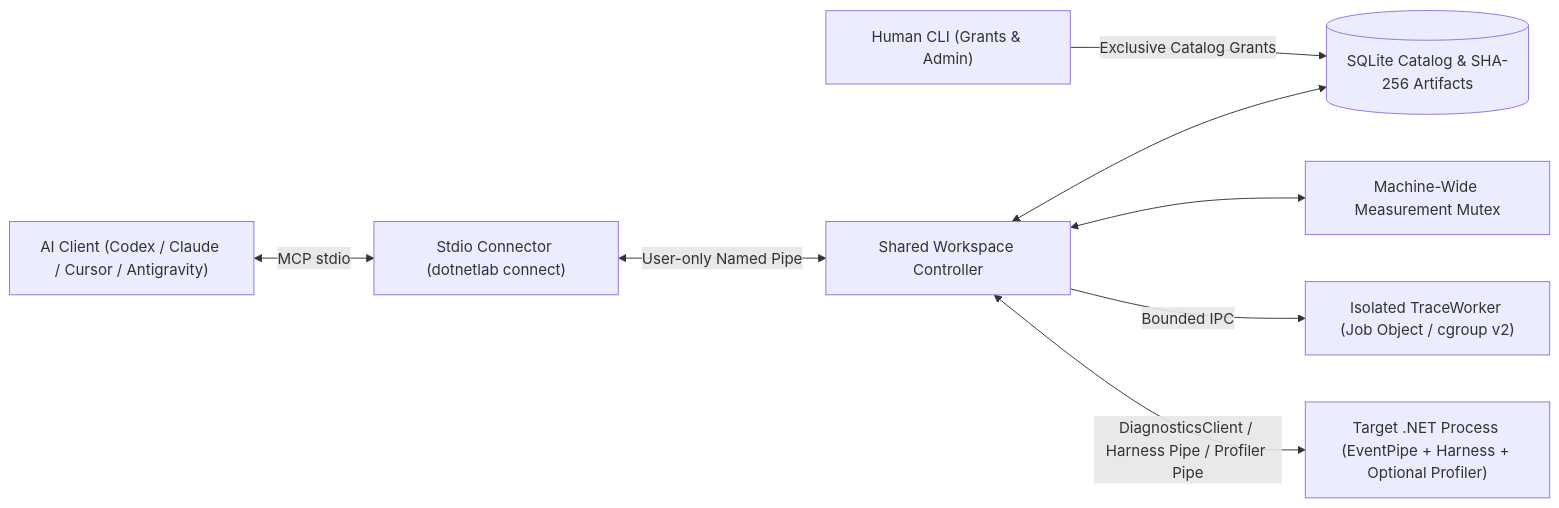
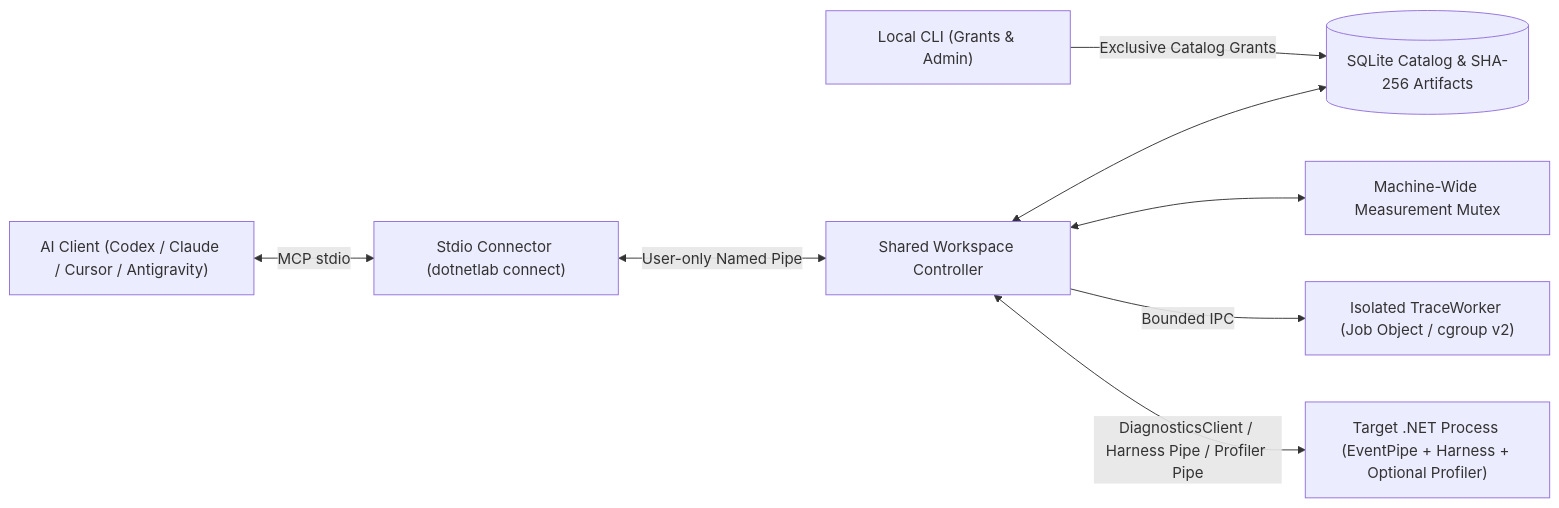
One commit to tedd/Tedd.DotNetLab changed the diagram in docs/architecture-and-runtime.md. Above: the diagram before and after it, drawn with Mermaid. The commit also changed other lines of this file and 19 other files, not shown here.

````diff
--- a/docs/architecture-and-runtime.md
+++ b/docs/architecture-and-runtime.md
@@ -11,19 +11,19 @@
 ```mermaid
 flowchart LR
     Agent["AI Client (Codex / Claude / Cursor / Antigravity)"]
-    CLI["Human CLI (Grants & Admin)"]
+    CLI["Local CLI (Grants & Admin)"]
     Connector["Stdio Connector (dotnetlab connect)"]
     Controller["Shared Workspace Controller"]
     Catalog[("SQLite Catalog & SHA-256 Artifacts")]
     Mutex["Machine-Wide Measurement Mutex"]
     Worker["Isolated TraceWorker (Job Object / cgroup v2)"]
     Target["Target .NET Process (EventPipe + Harness + Optional Profiler)"]
 
     Agent <-->|"MCP stdio"| Connector
     Connector <-->|"User-only Named Pipe"| Controller
     CLI -->|"Exclusive Catalog Grants"| Catalog
     Controller <--> Catalog
     Controller <--> Mutex
     Controller -->|"Bounded IPC"| Worker
     Controller <-->|"DiagnosticsClient / Harness Pipe / Profiler Pipe"| Target
 ```
````
